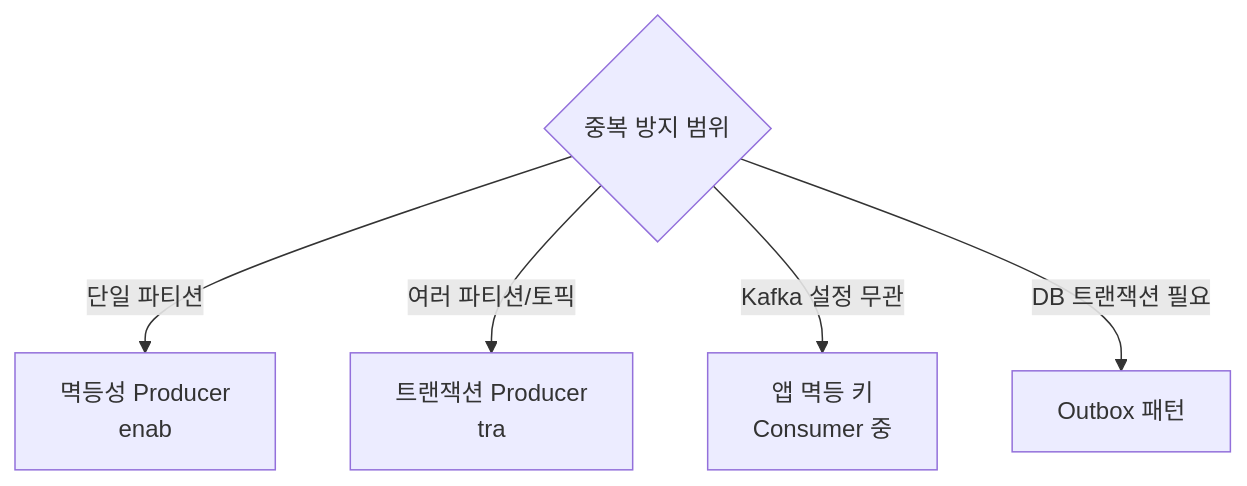
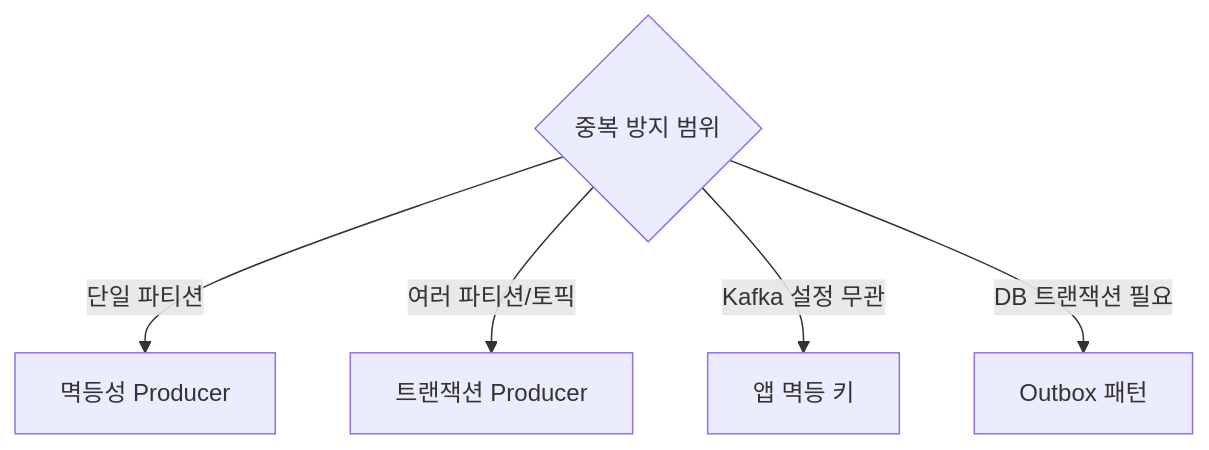
Before and after one commit to yjkim2015/yjkim2015.github.io: the fourth of 4 diagrams in _posts/kafka/2026-05-01-kafka-producer-deep.md, drawn with Mermaid. The commit also changed other lines of this file and 217 other files, not shown here.

First line of the commit message:
Mermaid 크기 수정: useMaxWidth:true + SVG max-width:100% + 라벨 축소

````diff
--- a/_posts/kafka/2026-05-01-kafka-producer-deep.md
+++ b/_posts/kafka/2026-05-01-kafka-producer-deep.md
@@ -345,7 +345,7 @@
 ```mermaid
 graph TD
-    Q1{"중복 방지 범위"} -->|단일 파티션| S1["멱등성 Producer\nenab"]
-    Q1 -->|여러 파티션/토픽| S2["트랜잭션 Producer\ntra"]
-    Q1 -->|Kafka 설정 무관| S3["앱 멱등 키\nConsumer 중"]
+    Q1{"중복 방지 범위"} -->|단일 파티션| S1["멱등성 Producer"]
+    Q1 -->|여러 파티션/토픽| S2["트랜잭션 Producer"]
+    Q1 -->|Kafka 설정 무관| S3["앱 멱등 키"]
     Q1 -->|DB 트랜잭션 필요| S4["Outbox 패턴"]
 ```
````
